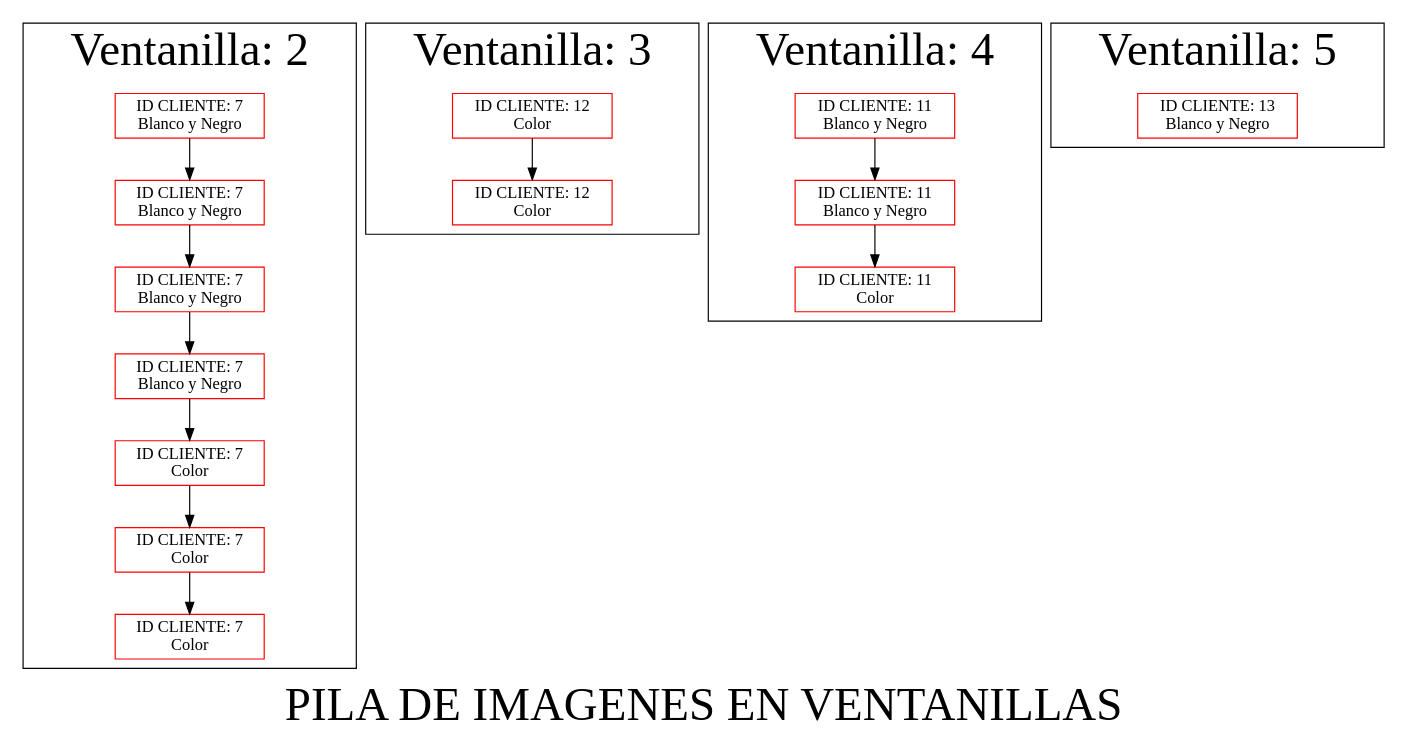
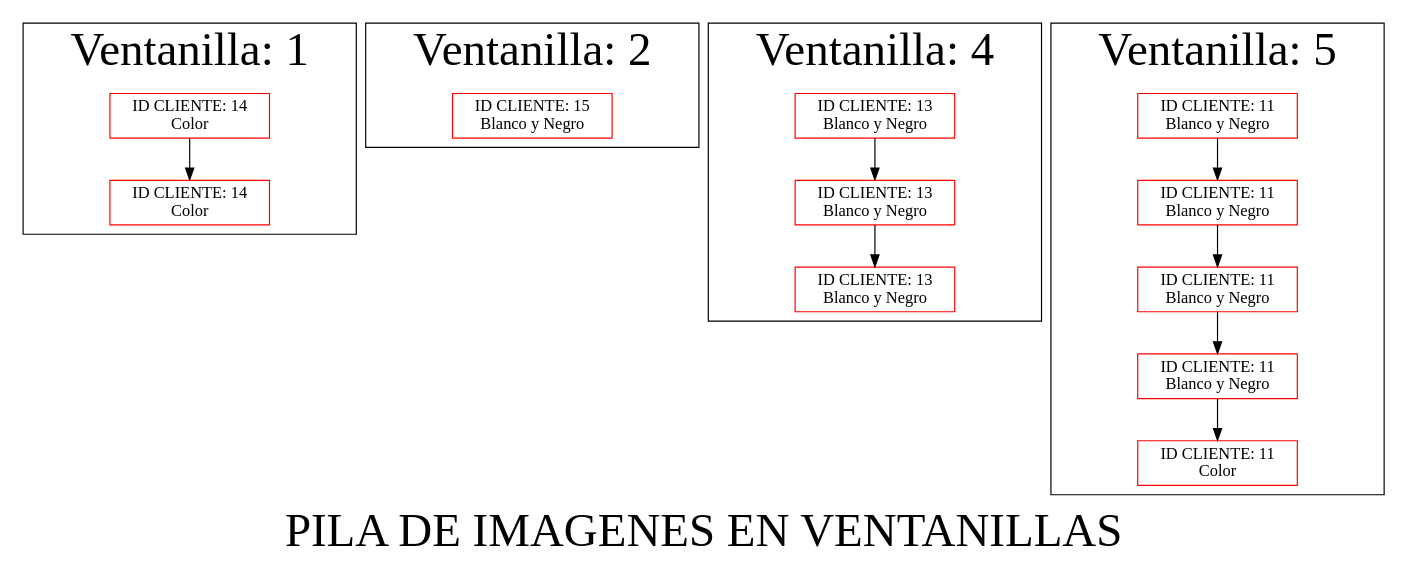
One commit to hugosmhd/EDD_UDRAWING_202002793 changed the diagram in pilaimg.dot. Above: the diagram before and after it, drawn with Graphviz. The commit also changed 17 other files, not shown here.

```diff
--- a/pilaimg.dot
+++ b/pilaimg.dot
@@ -1,50 +1,44 @@
 digraph G { 
 node[shape=box, color=red];
 label="PILA DE IMAGENES EN VENTANILLAS"
 fontsize = 40;
 subgraph cluster_1{ 
 label = " Ventanilla: 1";
+nodo1480010240[label=" ID CLIENTE: 14
+Color"]
+nodo81628611[label=" ID CLIENTE: 14
+Color"]
+nodo1480010240 -> nodo81628611;
 }subgraph cluster_2{ 
 label = " Ventanilla: 2";
-nodo424058530[label=" ID CLIENTE: 7
+nodo1828972342[label=" ID CLIENTE: 15
 Blanco y Negro"]
-nodo321001045[label=" ID CLIENTE: 7
-Blanco y Negro"]
-nodo791452441[label=" ID CLIENTE: 7
-Blanco y Negro"]
-nodo834600351[label=" ID CLIENTE: 7
-Blanco y Negro"]
-nodo471910020[label=" ID CLIENTE: 7
-Color"]
-nodo531885035[label=" ID CLIENTE: 7
-Color"]
-nodo1418481495[label=" ID CLIENTE: 7
-Color"]
-nodo424058530 -> nodo321001045;
-nodo321001045 -> nodo791452441;
-nodo791452441 -> nodo834600351;
-nodo834600351 -> nodo471910020;
-nodo471910020 -> nodo531885035;
-nodo531885035 -> nodo1418481495;
 }subgraph cluster_3{ 
 label = " Ventanilla: 3";
-nodo303563356[label=" ID CLIENTE: 12
-Color"]
-nodo135721597[label=" ID CLIENTE: 12
-Color"]
-nodo303563356 -> nodo135721597;
 }subgraph cluster_4{ 
 label = " Ventanilla: 4";
-nodo142257191[label=" ID CLIENTE: 11
+nodo1452126962[label=" ID CLIENTE: 13
 Blanco y Negro"]
-nodo1044036744[label=" ID CLIENTE: 11
+nodo931919113[label=" ID CLIENTE: 13
 Blanco y Negro"]
-nodo1826771953[label=" ID CLIENTE: 11
-Color"]
-nodo142257191 -> nodo1044036744;
-nodo1044036744 -> nodo1826771953;
+nodo1607521710[label=" ID CLIENTE: 13
+Blanco y Negro"]
+nodo1452126962 -> nodo931919113;
+nodo931919113 -> nodo1607521710;
 }subgraph cluster_5{ 
 label = " Ventanilla: 5";
-nodo1406718218[label=" ID CLIENTE: 13
+nodo764977973[label=" ID CLIENTE: 11
 Blanco y Negro"]
+nodo381259350[label=" ID CLIENTE: 11
+Blanco y Negro"]
+nodo2129789493[label=" ID CLIENTE: 11
+Blanco y Negro"]
+nodo668386784[label=" ID CLIENTE: 11
+Blanco y Negro"]
+nodo1329552164[label=" ID CLIENTE: 11
+Color"]
+nodo764977973 -> nodo381259350;
+nodo381259350 -> nodo2129789493;
+nodo2129789493 -> nodo668386784;
+nodo668386784 -> nodo1329552164;
 }} 
```
